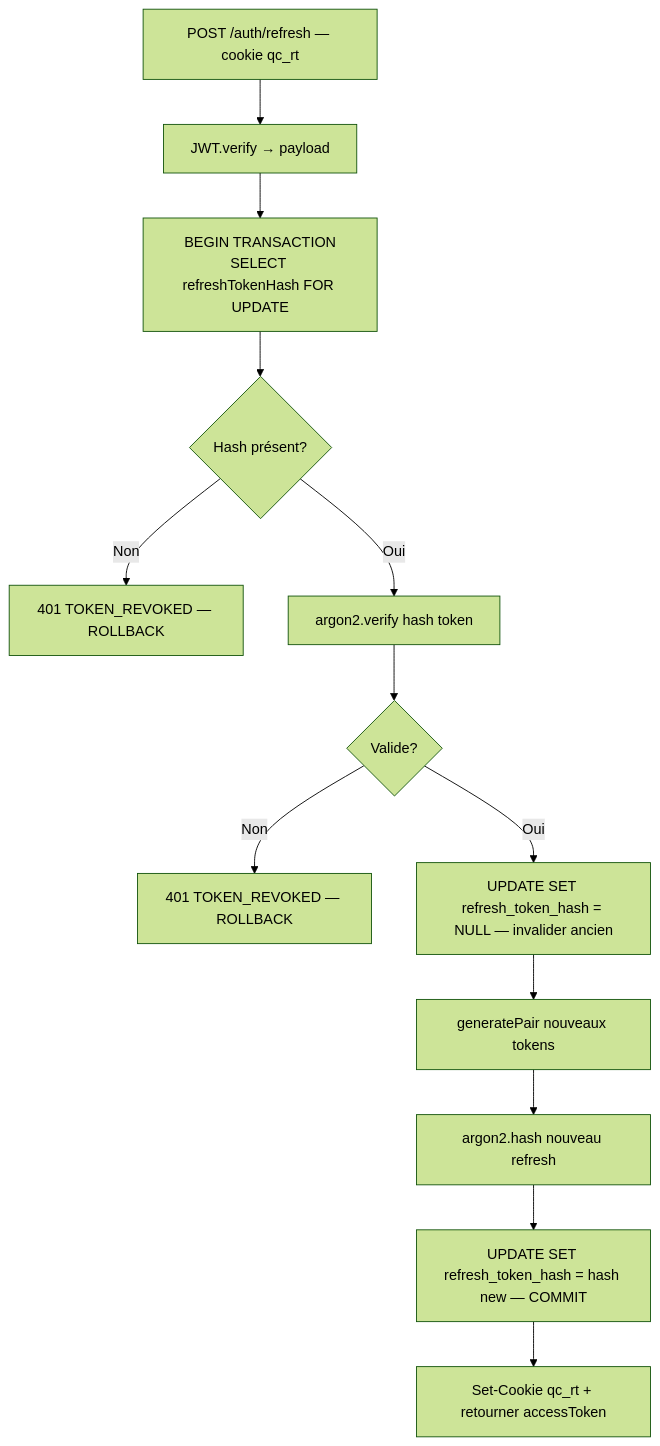
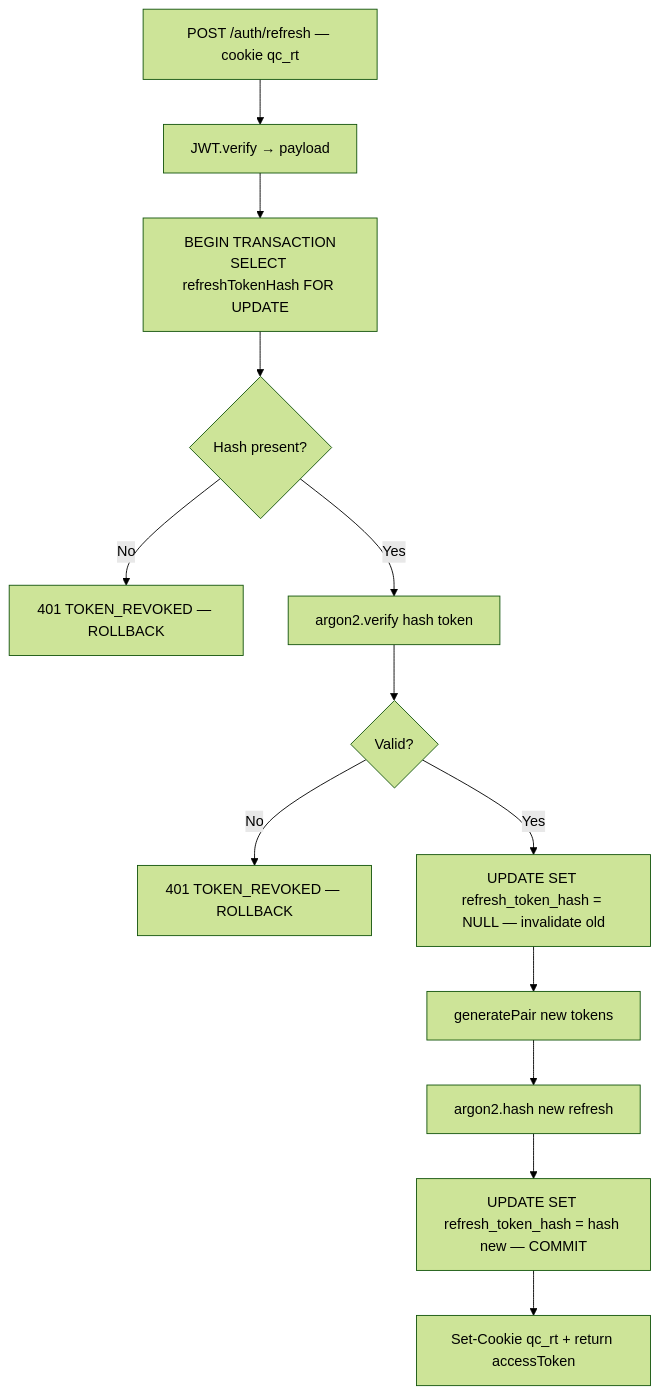
The second of 2 diagrams in docs/SECURITY.md (creibaud/QuartierConnect), drawn with Mermaid (forest theme) before and after one commit. The commit also changed other lines of this file and 155 other files, not shown here.

````diff
--- a/docs/SECURITY.md
+++ b/docs/SECURITY.md
@@ -200,15 +200,15 @@
 ```mermaid
 flowchart TD
     A[POST /auth/refresh — cookie qc_rt] --> B[JWT.verify → payload]
     B --> C["BEGIN TRANSACTION<br/>SELECT refreshTokenHash FOR UPDATE"]
-    C --> D{Hash présent?}
-    D -->|Non| E[401 TOKEN_REVOKED — ROLLBACK]
-    D -->|Oui| F[argon2.verify hash token]
-    F --> G{Valide?}
-    G -->|Non| H[401 TOKEN_REVOKED — ROLLBACK]
-    G -->|Oui| I[UPDATE SET refresh_token_hash = NULL — invalider ancien]
-    I --> J[generatePair nouveaux tokens]
-    J --> K[argon2.hash nouveau refresh]
+    C --> D{Hash present?}
+    D -->|No| E[401 TOKEN_REVOKED — ROLLBACK]
+    D -->|Yes| F[argon2.verify hash token]
+    F --> G{Valid?}
+    G -->|No| H[401 TOKEN_REVOKED — ROLLBACK]
+    G -->|Yes| I[UPDATE SET refresh_token_hash = NULL — invalidate old]
+    I --> J[generatePair new tokens]
+    J --> K[argon2.hash new refresh]
     K --> L[UPDATE SET refresh_token_hash = hash new — COMMIT]
-    L --> M[Set-Cookie qc_rt + retourner accessToken]
+    L --> M[Set-Cookie qc_rt + return accessToken]
 ```
````
